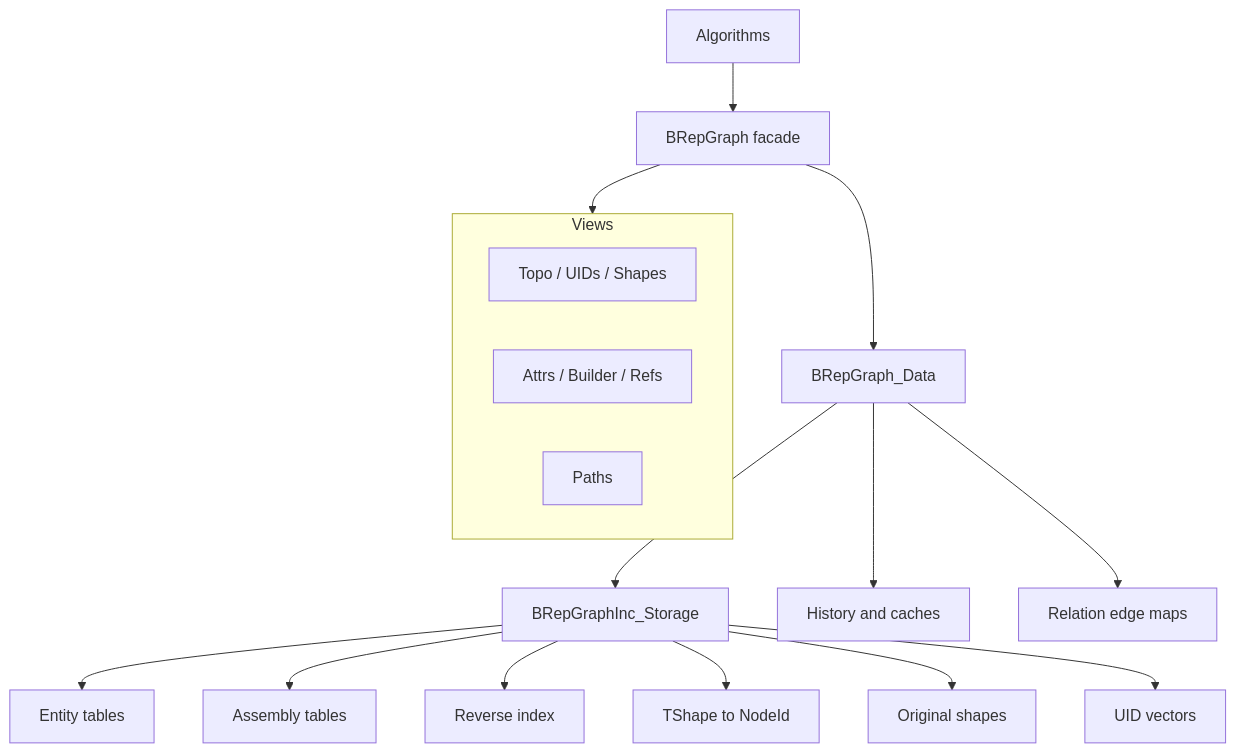
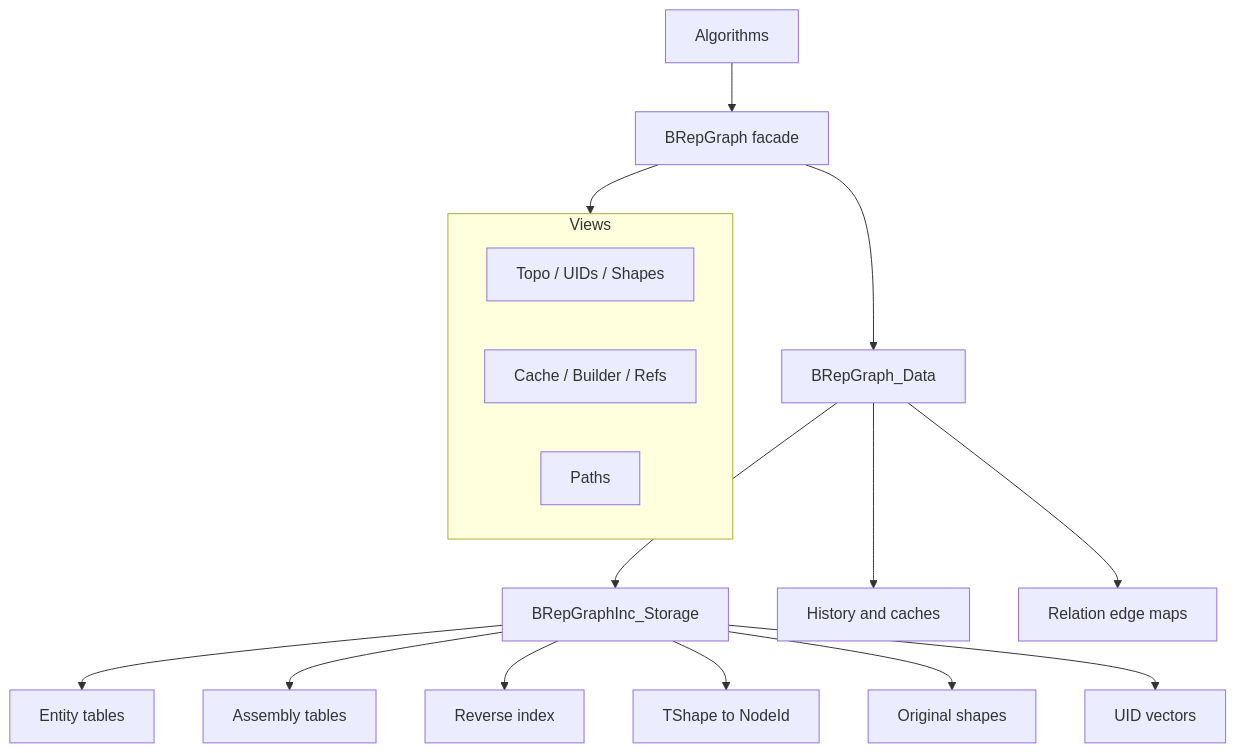
One commit to Open-Cascade-SAS/OCCT changed the first of 4 diagrams in src/ModelingData/TKBRep/BRepGraph/README.md. Above: the diagram before and after it, drawn with Mermaid. The commit also changed other lines of this file and 4 other files, not shown here.

````diff
--- a/src/ModelingData/TKBRep/BRepGraph/README.md
+++ b/src/ModelingData/TKBRep/BRepGraph/README.md
@@ -31,23 +31,23 @@
 ```mermaid
 flowchart TB
   A[Algorithms] --> G[BRepGraph facade]
 
   subgraph Views
     V1[Topo / UIDs / Shapes]
-    V2[Attrs / Builder / Refs]
+    V2[Cache / Builder / Refs]
     V3[Paths]
   end
 
   G --> Views
   G --> D[BRepGraph_Data]
   D --> S[BRepGraphInc_Storage]
   D --> H[History and caches]
   D --> R[Relation edge maps]
 
   S --> E[Entity tables]
   S --> AS[Assembly tables]
   S --> X[Reverse index]
   S --> T[TShape to NodeId]
   S --> O[Original shapes]
   S --> U[UID vectors]
 ```
````
